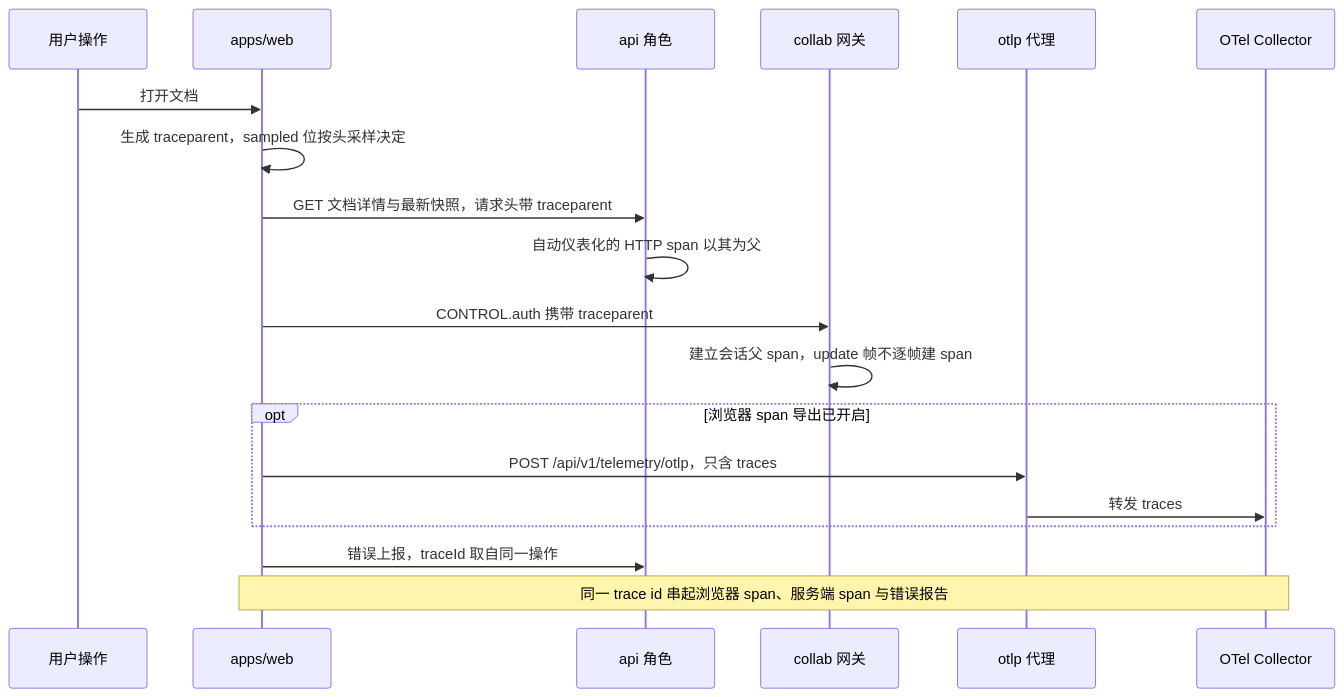
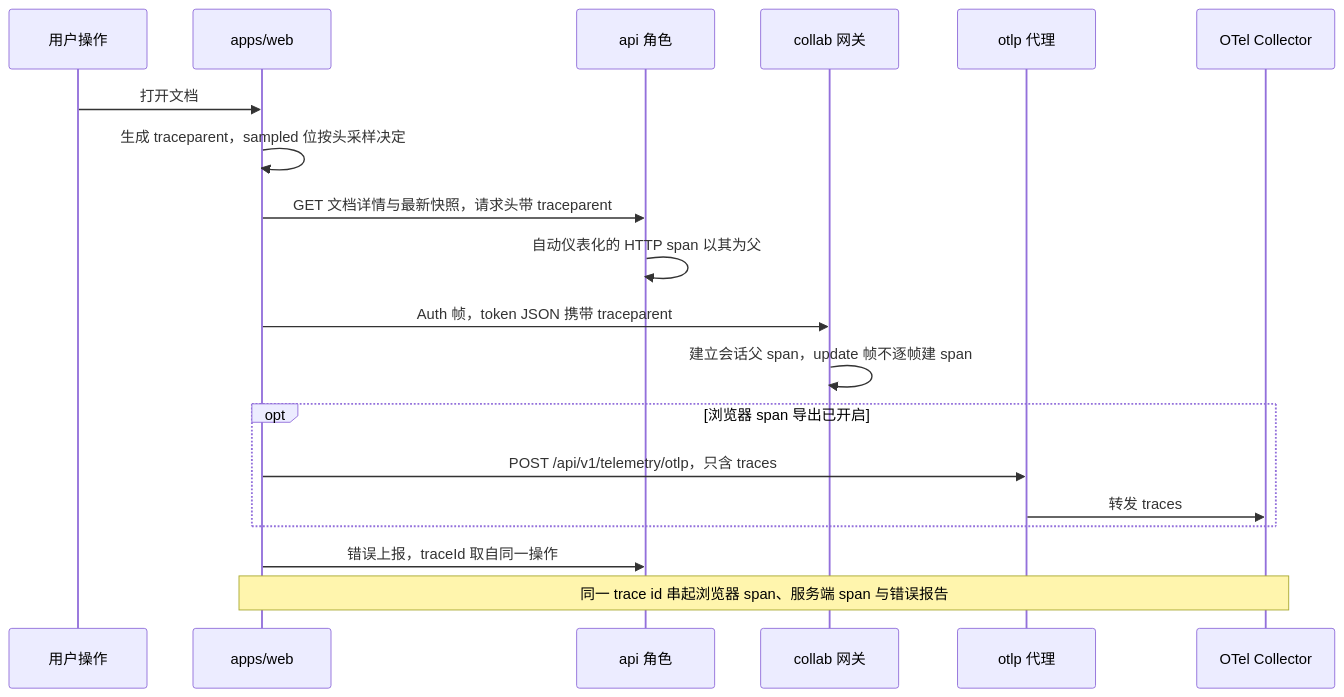
The fifth of 5 diagrams in docs/50-frontend/15-events-errors-and-telemetry.md (Xeonice/cordis-ppt-editor), drawn with Mermaid before and after one commit. The commit also changed other lines of this file and 22 other files, not shown here.

````diff
--- a/docs/50-frontend/15-events-errors-and-telemetry.md
+++ b/docs/50-frontend/15-events-errors-and-telemetry.md
@@ -326,21 +326,21 @@
 ```mermaid
 sequenceDiagram
   participant U as 用户操作
   participant W as apps/web
   participant A as api 角色
   participant G as collab 网关
   participant O as otlp 代理
   participant C as OTel Collector
   U->>W: 打开文档
   W->>W: 生成 traceparent，sampled 位按头采样决定
   W->>A: GET 文档详情与最新快照，请求头带 traceparent
   A->>A: 自动仪表化的 HTTP span 以其为父
-  W->>G: CONTROL.auth 携带 traceparent
+  W->>G: Auth 帧，token JSON 携带 traceparent
   G->>G: 建立会话父 span，update 帧不逐帧建 span
   opt 浏览器 span 导出已开启
     W->>O: POST /api/v1/telemetry/otlp，只含 traces
     O->>C: 转发 traces
   end
   W->>A: 错误上报，traceId 取自同一操作
   Note over W,C: 同一 trace id 串起浏览器 span、服务端 span 与错误报告
 ```
````
